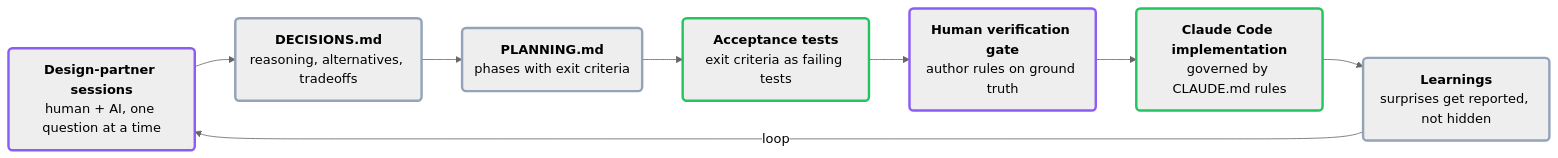
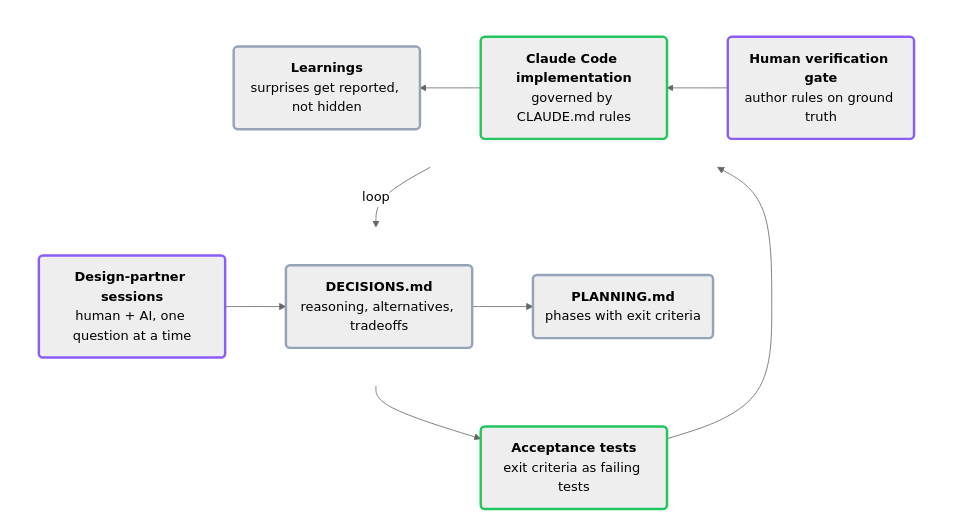
The diagram in README.md (jjchoio/story-workspace-webtoon), drawn with Mermaid (neutral theme) before and after one commit.

Commit message:
README: lay the dev-loop diagram as a square-ish 2-row loop
The single flowchart LR rendered all seven nodes in one long line, too
small to read. Split into a top row (LR) and bottom row (RL) via
borderless subgraphs so the cycle forms a compact clockwise rectangle:
sessions → decisions → planning down to acceptance → verification, then
implementation → learnings and back up.

````diff
--- a/README.md
+++ b/README.md
@@ -19,17 +19,26 @@
 ```mermaid
-flowchart LR
-    A("<b>Design-partner sessions</b><br/>human + AI, one question at a time"):::human
-    B("<b>DECISIONS.md</b><br/>reasoning, alternatives, tradeoffs"):::artifact
-    C("<b>PLANNING.md</b><br/>phases with exit criteria"):::artifact
+flowchart TB
+    subgraph top [" "]
+        direction LR
+        A("<b>Design-partner sessions</b><br/>human + AI, one question at a time"):::human
+        B("<b>DECISIONS.md</b><br/>reasoning, alternatives, tradeoffs"):::artifact
+        C("<b>PLANNING.md</b><br/>phases with exit criteria"):::artifact
+        A --> B --> C
+    end
+    subgraph bottom [" "]
+        direction RL
+        E("<b>Human verification gate</b><br/>author rules on ground truth"):::human
+        F("<b>Claude Code implementation</b><br/>governed by CLAUDE.md rules"):::ai
+        G("<b>Learnings</b><br/>surprises get reported, not hidden"):::artifact
+        E --> F --> G
+    end
     D("<b>Acceptance tests</b><br/>exit criteria as failing tests"):::ai
-    E("<b>Human verification gate</b><br/>author rules on ground truth"):::human
-    F("<b>Claude Code implementation</b><br/>governed by CLAUDE.md rules"):::ai
-    G("<b>Learnings</b><br/>surprises get reported, not hidden"):::artifact
-
-    A --> B --> C --> D --> E --> F --> G
+    C --> D --> E
     G -->|loop| A
 
     classDef human stroke:#8b5cf6,stroke-width:3px
     classDef ai stroke:#22c55e,stroke-width:3px
     classDef artifact stroke:#94a3b8,stroke-width:3px
+    style top fill:none,stroke:none
+    style bottom fill:none,stroke:none
 ```
````
